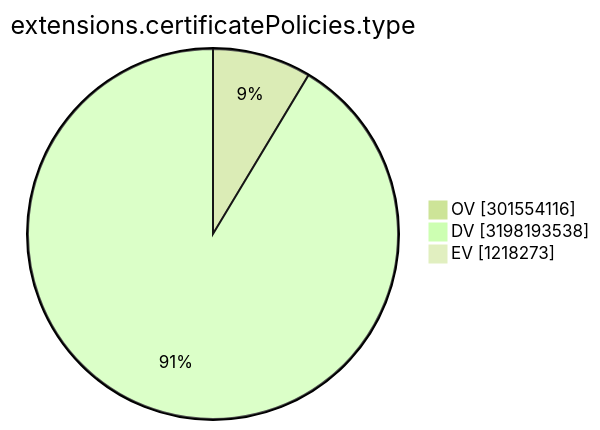
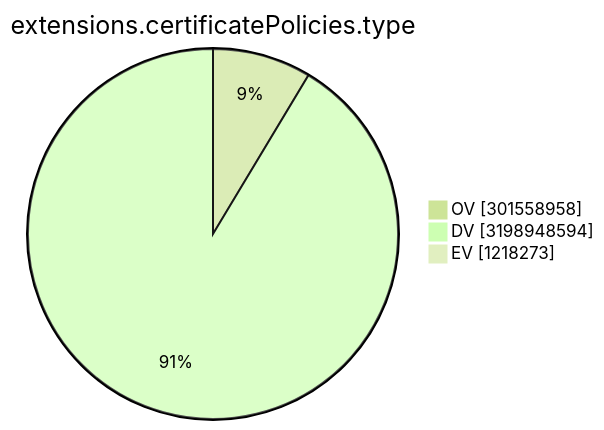
One commit to christiankrug/ctmonitor_visualization changed the ninth of 15 diagrams in TOTAL/README.md. Above: the diagram before and after it, drawn with Mermaid (forest theme). The commit also changed other lines of this file, not shown here.

````diff
--- a/TOTAL/README.md
+++ b/TOTAL/README.md
@@ -3106,7 +3106,7 @@
 ```mermaid
 pie showData
 title extensions.certificatePolicies.type
-"OV" :301554116
-"DV" :3198193538
+"OV" :301558958
+"DV" :3198948594
 "EV" :1218273
 ```
````
